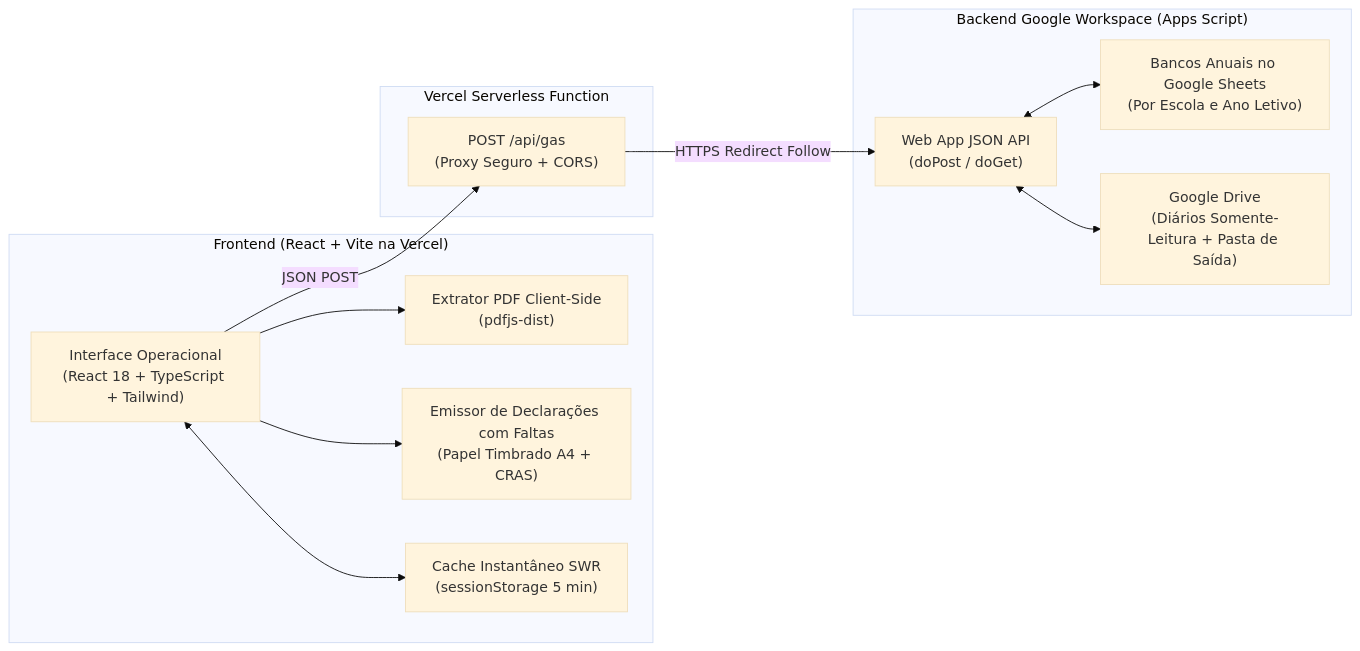
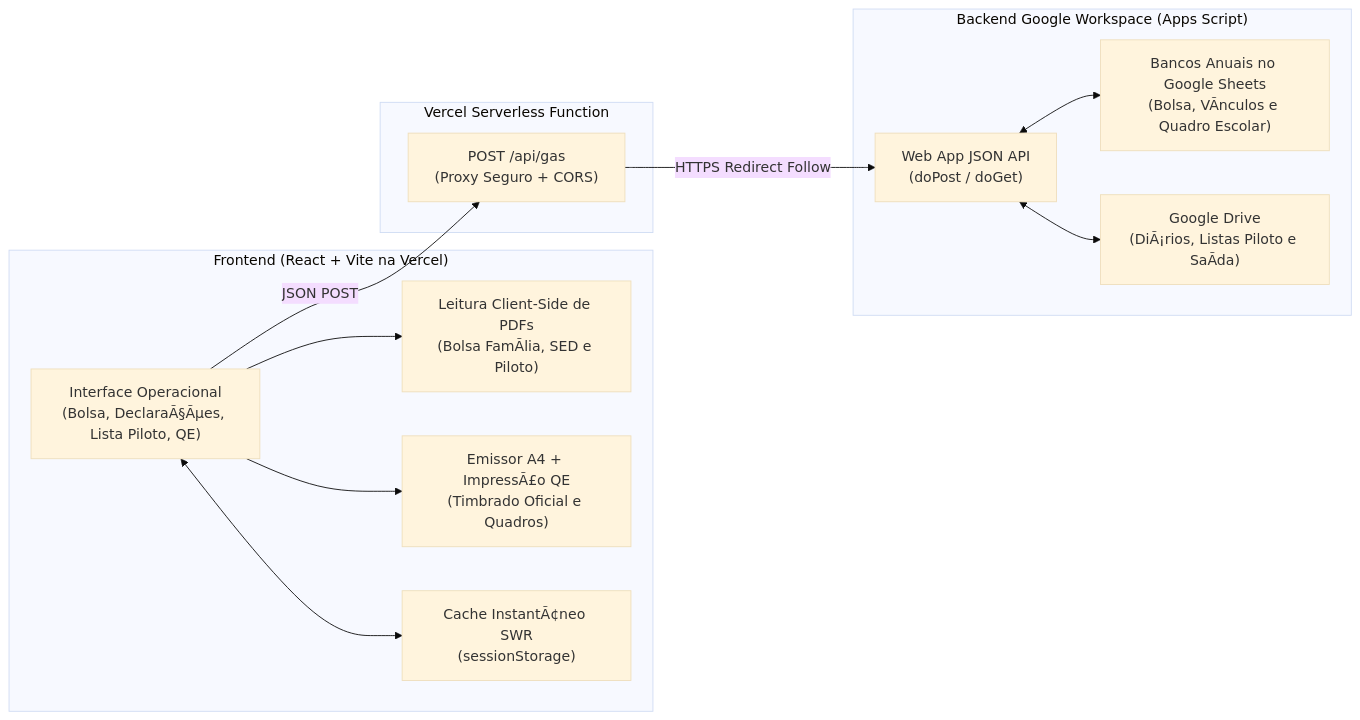
Before and after one commit to gustavo03toledo/SistemaBolsaFamilia-Cotia: the diagram in web/README.md, drawn with Mermaid (base theme). The commit also changed other lines of this file and 3 other files, not shown here.

````diff
--- a/web/README.md
+++ b/web/README.md
@@ -38,27 +49,27 @@
 ```mermaid
 flowchart LR
   subgraph Cliente["Frontend (React + Vite na Vercel)"]
-    UI["Interface Operacional\n(React 18 + TypeScript + Tailwind)"]
-    PDF["Extrator PDF Client-Side\n(pdfjs-dist)"]
-    DEC["Emissor de Declarações com Faltas\n(Papel Timbrado A4 + CRAS)"]
-    SWR["Cache Instantâneo SWR\n(sessionStorage 5 min)"]
+    UI["Interface Operacional\n(Bolsa, DeclaraÃ§Ãµes, Lista Piloto, QE)"]
+    PDF["Leitura Client-Side de PDFs\n(Bolsa FamÃ­lia, SED e Piloto)"]
+    DEC["Emissor A4 + ImpressÃ£o QE\n(Timbrado Oficial e Quadros)"]
+    SWR["Cache InstantÃ¢neo SWR\n(sessionStorage)"]
   end
 
   subgraph Proxy["Vercel Serverless Function"]
     API["POST /api/gas\n(Proxy Seguro + CORS)"]
   end
 
   subgraph Google["Backend Google Workspace (Apps Script)"]
     GAS["Web App JSON API\n(doPost / doGet)"]
-    DB["Bancos Anuais no Google Sheets\n(Por Escola e Ano Letivo)"]
-    DRIVE["Google Drive\n(Diários Somente-Leitura + Pasta de Saída)"]
+    DB["Bancos Anuais no Google Sheets\n(Bolsa, VÃ­nculos e Quadro Escolar)"]
+    DRIVE["Google Drive\n(DiÃ¡rios, Listas Piloto e SaÃ­da)"]
   end
 
   UI --> PDF
   UI --> DEC
   UI <--> SWR
   UI -->|JSON POST| API
   API -->|HTTPS Redirect Follow| GAS
   GAS <--> DB
   GAS <--> DRIVE
 ```
````
